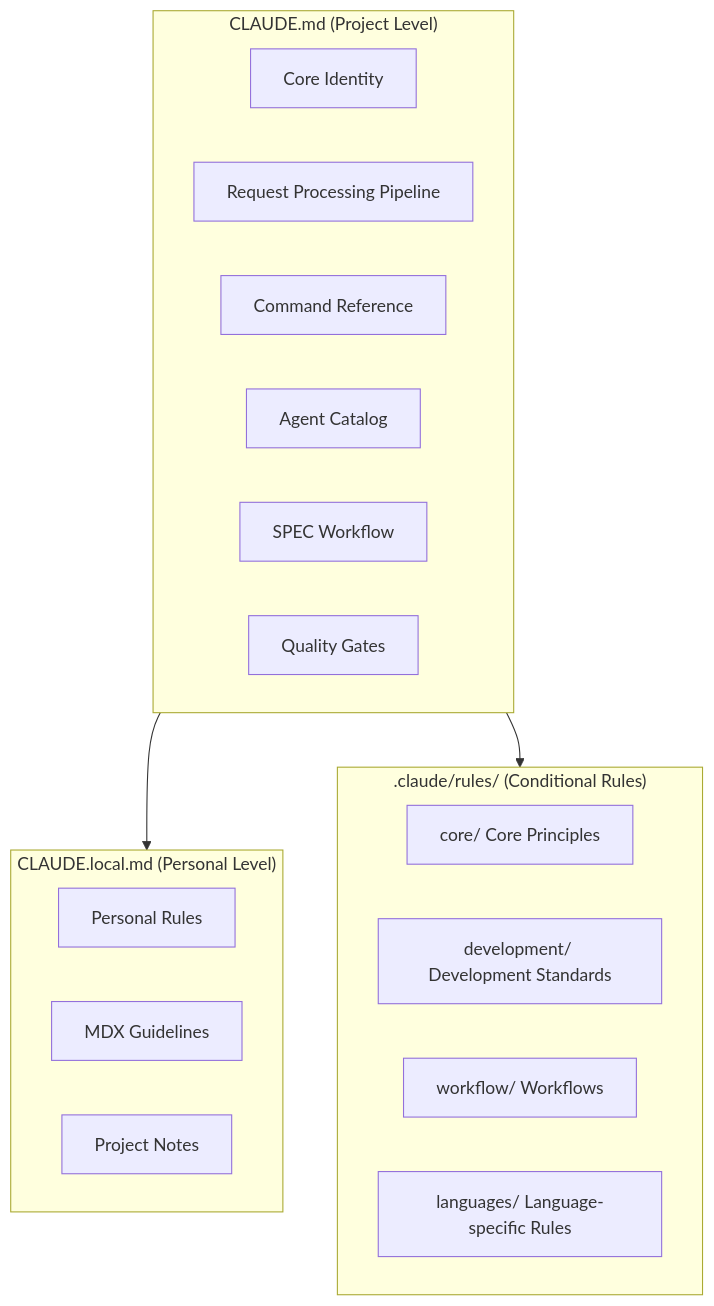
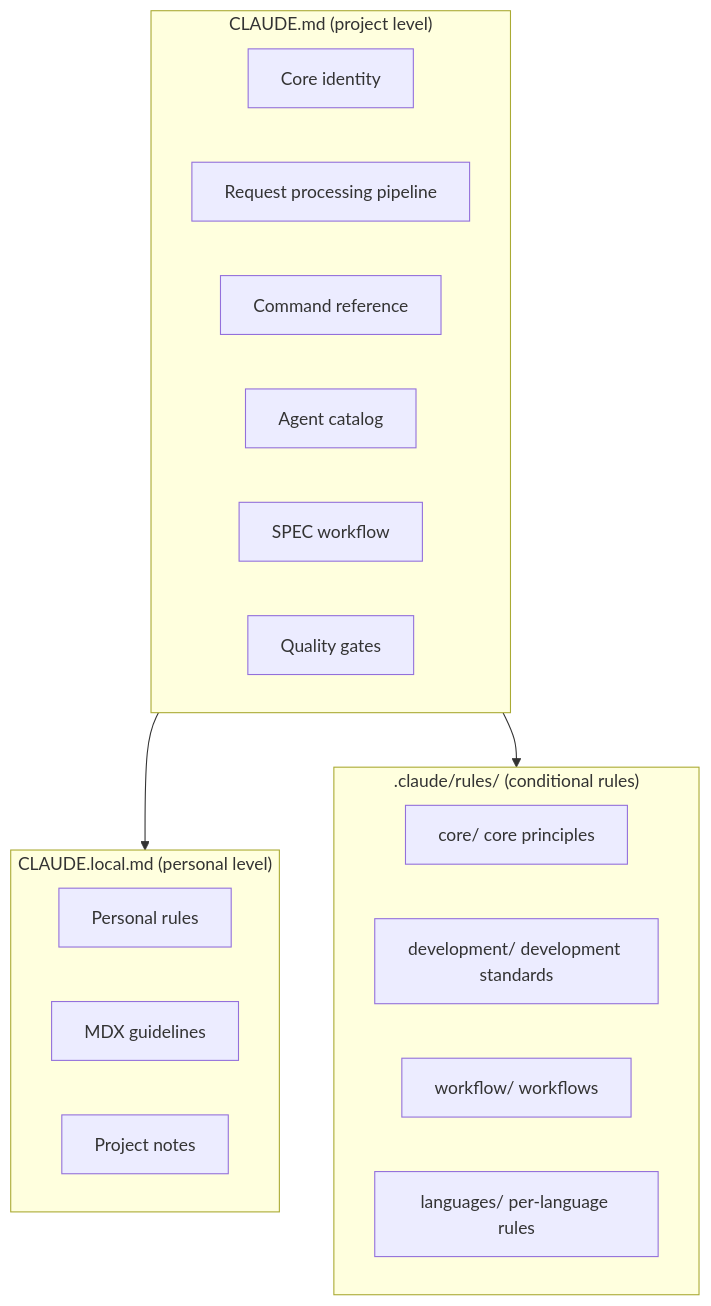
Before and after one commit to modu-ai/moai-adk: the first of 4 diagrams in docs-site/content/en/advanced/claude-md-guide.md, drawn with Mermaid. The commit also changed other lines of this file and 395 other files, not shown here.

````diff
--- a/docs-site/content/en/advanced/claude-md-guide.md
+++ b/docs-site/content/en/advanced/claude-md-guide.md
@@ -23,28 +23,28 @@
 ```mermaid
 flowchart TD
-    subgraph MAIN["CLAUDE.md (Project Level)"]
-        M1["Core Identity"]
-        M2["Request Processing Pipeline"]
-        M3["Command Reference"]
-        M4["Agent Catalog"]
-        M5["SPEC Workflow"]
-        M6["Quality Gates"]
+    subgraph MAIN["CLAUDE.md (project level)"]
+        M1["Core identity"]
+        M2["Request processing pipeline"]
+        M3["Command reference"]
+        M4["Agent catalog"]
+        M5["SPEC workflow"]
+        M6["Quality gates"]
     end
 
-    subgraph LOCAL["CLAUDE.local.md (Personal Level)"]
-        L1["Personal Rules"]
-        L2["MDX Guidelines"]
-        L3["Project Notes"]
+    subgraph LOCAL["CLAUDE.local.md (personal level)"]
+        L1["Personal rules"]
+        L2["MDX guidelines"]
+        L3["Project notes"]
     end
 
-    subgraph RULES[".claude/rules/ (Conditional Rules)"]
-        R1["core/ Core Principles"]
-        R2["development/ Development Standards"]
-        R3["workflow/ Workflows"]
-        R4["languages/ Language-specific Rules"]
+    subgraph RULES[".claude/rules/ (conditional rules)"]
+        R1["core/ core principles"]
+        R2["development/ development standards"]
+        R3["workflow/ workflows"]
+        R4["languages/ per-language rules"]
     end
 
     MAIN --> LOCAL
     MAIN --> RULES
 
 ```
````
